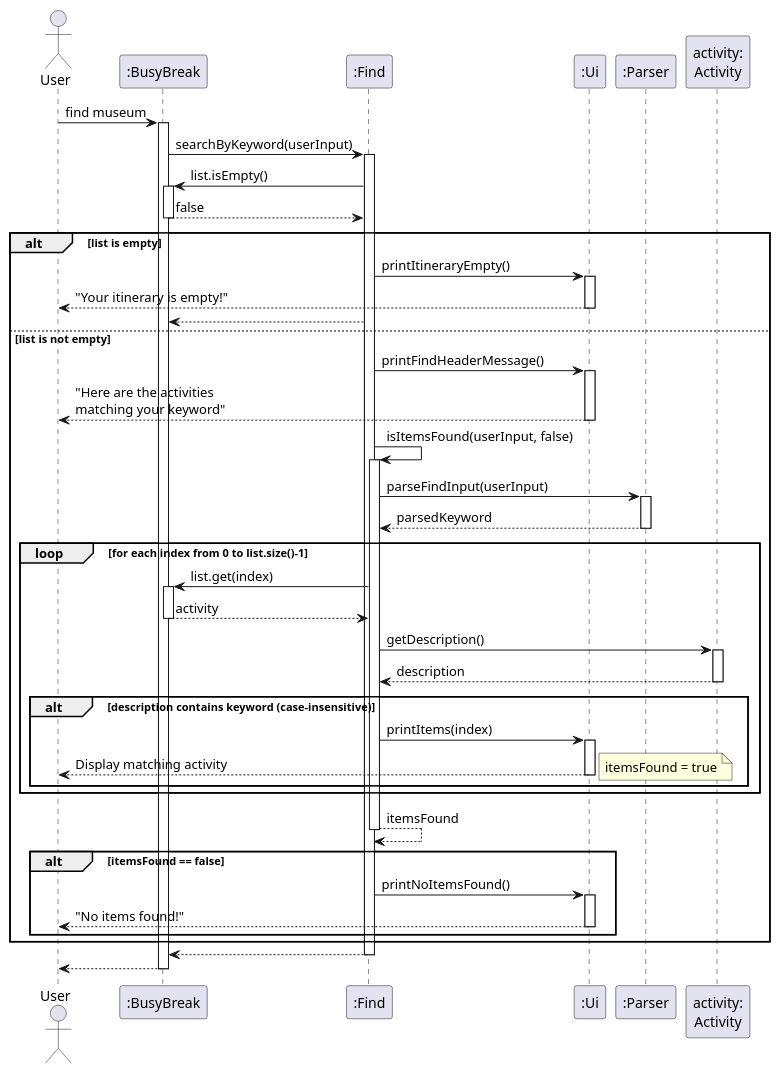
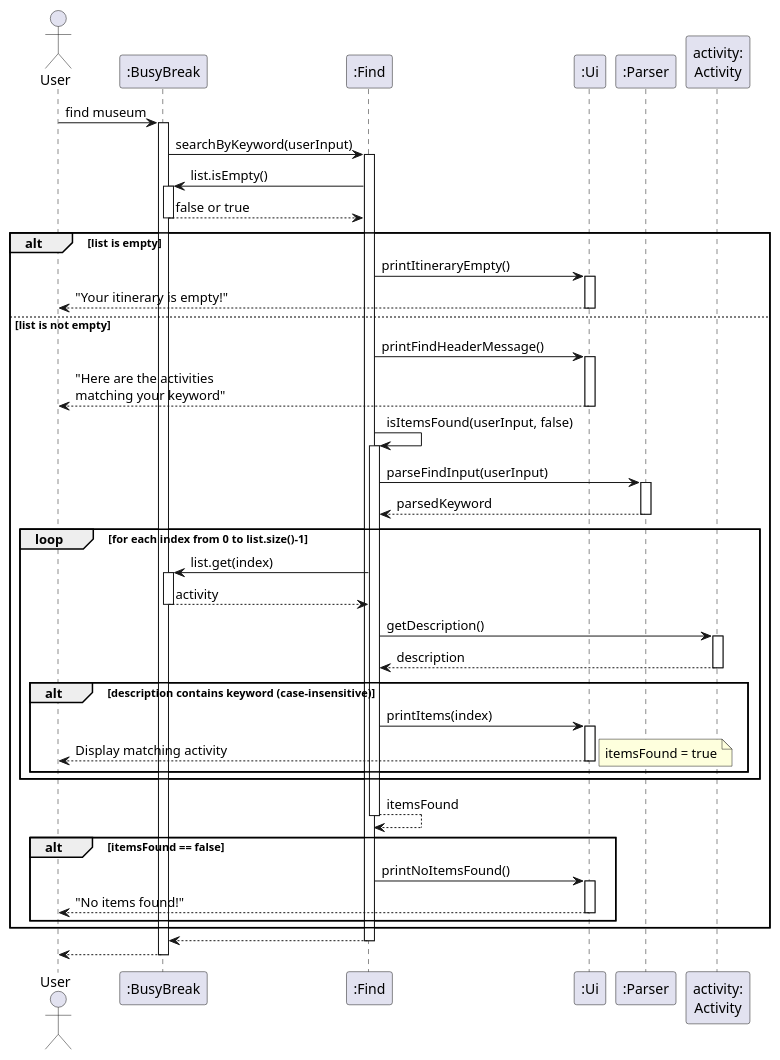
One commit to AY2526S1-CS2113-W13-4/tp changed the diagram in docs/diagrams/FindCommandSequenceDiagram.puml. Above: the diagram before and after it, drawn with PlantUML. The commit also changed 6 other files, not shown here.

Commit message:
fix sequence diagram issues

```diff
--- a/docs/diagrams/FindCommandSequenceDiagram.puml
+++ b/docs/diagrams/FindCommandSequenceDiagram.puml
@@ -1,80 +1,80 @@
 @startuml FindCommandSequenceDiagram
 
 actor User
 participant ":BusyBreak" as BusyBreak
 participant ":Find" as Find
 participant ":Ui" as Ui
 participant ":Parser" as Parser
 participant "activity:\nActivity" as Activity
 
 User -> BusyBreak: find museum
 activate BusyBreak
 
 BusyBreak -> Find: searchByKeyword(userInput)
 activate Find
 
 Find -> BusyBreak: list.isEmpty()
 activate BusyBreak
-BusyBreak --> Find: false
+BusyBreak --> Find: false or true
 deactivate BusyBreak
 
 alt list is empty
     Find -> Ui: printItineraryEmpty()
     activate Ui
     Ui --> User: "Your itinerary is empty!"
     deactivate Ui
-    Find --> BusyBreak
+
 else list is not empty
 
     Find -> Ui: printFindHeaderMessage()
     activate Ui
     Ui --> User: "Here are the activities\nmatching your keyword"
     deactivate Ui
 
     Find -> Find: isItemsFound(userInput, false)
     activate Find
 
     Find -> Parser: parseFindInput(userInput)
     activate Parser
     Parser --> Find: parsedKeyword
     deactivate Parser
 
     loop for each index from 0 to list.size()-1
         Find -> BusyBreak: list.get(index)
         activate BusyBreak
         BusyBreak --> Find: activity
         deactivate BusyBreak
 
         Find -> Activity: getDescription()
         activate Activity
         Activity --> Find: description
         deactivate Activity
 
         alt description contains keyword (case-insensitive)
             Find -> Ui: printItems(index)
             activate Ui
             Ui --> User: Display matching activity
             deactivate Ui
             note right: itemsFound = true
         end
     end
 
     Find --> Find: itemsFound
     deactivate Find
 
     alt itemsFound == false
         Find -> Ui: printNoItemsFound()
         activate Ui
         Ui --> User: "No items found!"
         deactivate Ui
     end
 
 end
 
 Find --> BusyBreak
 deactivate Find
 
 BusyBreak --> User
 deactivate BusyBreak
 
 @enduml
```
